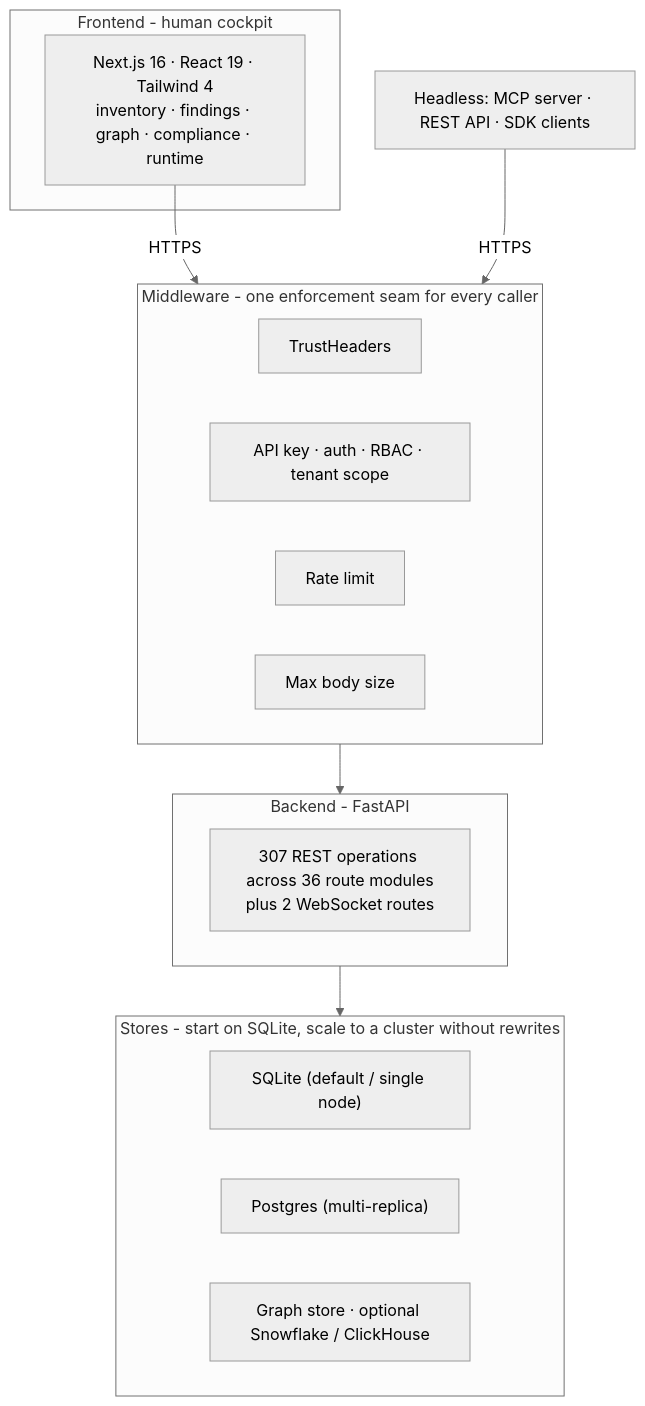
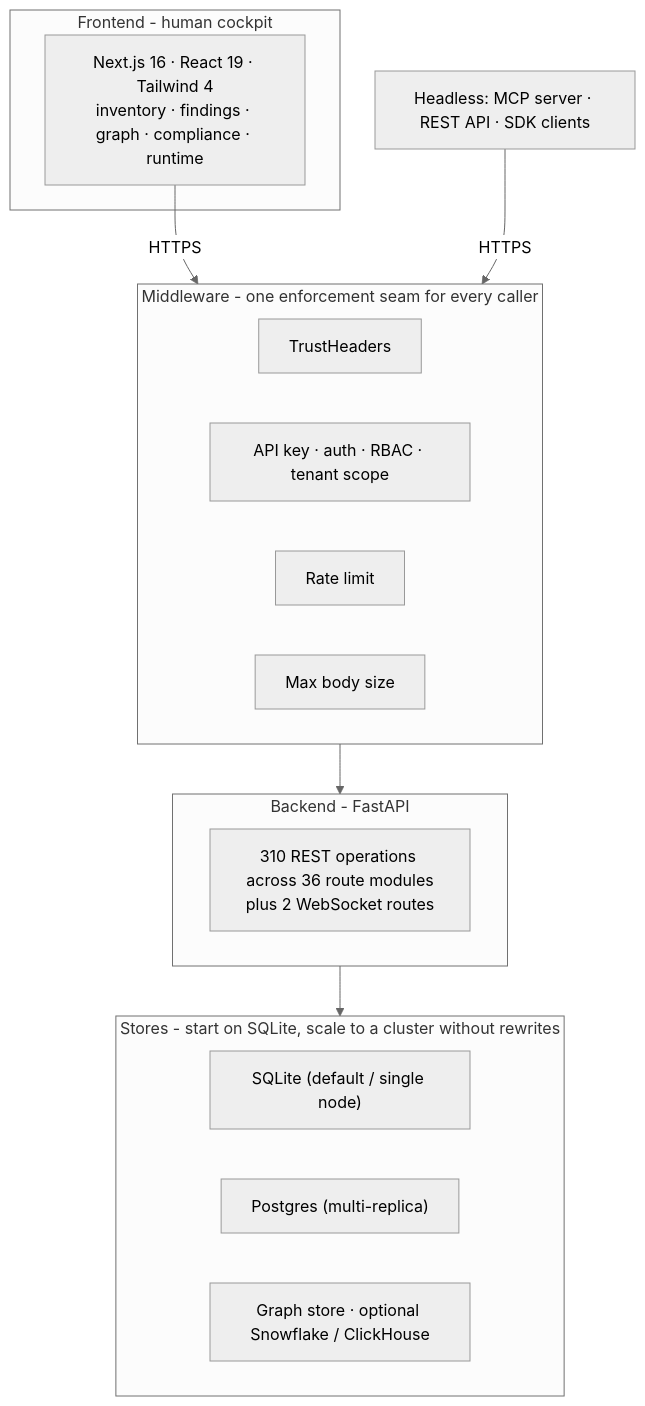
One commit to msaad00/agent-bom changed the fourth of 9 diagrams in docs/ARCHITECTURE.md. Above: the diagram before and after it, drawn with Mermaid (neutral theme). The commit also changed 21 other files, not shown here.

````diff
--- a/docs/ARCHITECTURE.md
+++ b/docs/ARCHITECTURE.md
@@ -146,26 +146,26 @@
 ```mermaid
 flowchart TB
     subgraph FE["Frontend - human cockpit"]
         UI["Next.js 16 · React 19 · Tailwind 4\ninventory · findings · graph · compliance · runtime"]
     end
     subgraph MW["Middleware - one enforcement seam for every caller"]
         M1["TrustHeaders"]
         M2["API key · auth · RBAC · tenant scope"]
         M3["Rate limit"]
         M4["Max body size"]
     end
     subgraph BE["Backend - FastAPI"]
-        R["307 REST operations across 36 route modules\nplus 2 WebSocket routes"]
+        R["310 REST operations across 36 route modules\nplus 2 WebSocket routes"]
     end
     subgraph ST["Stores - start on SQLite, scale to a cluster without rewrites"]
         S1["SQLite (default / single node)"]
         S2["Postgres (multi-replica)"]
         S3["Graph store · optional Snowflake / ClickHouse"]
     end
 
     EXTAGENT["Headless: MCP server · REST API · SDK clients"]
 
     UI -->|HTTPS| MW
     EXTAGENT -->|HTTPS| MW
     MW --> BE --> ST
 ```
````
